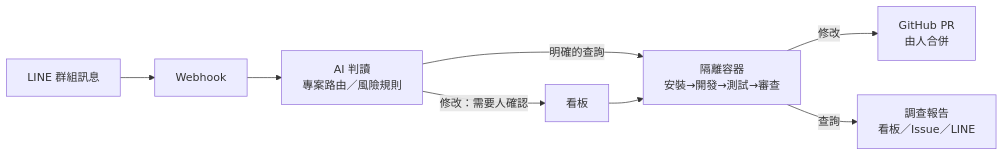
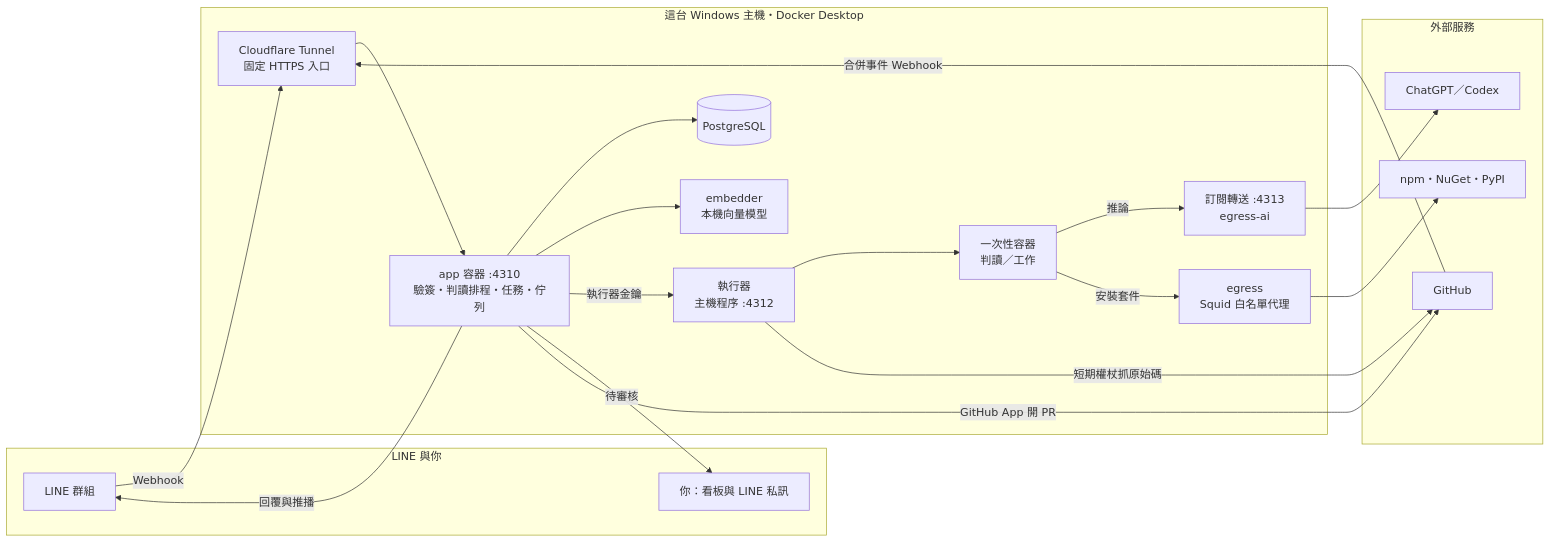
The first of 2 diagrams in README.md (Andy61490963/chat2pr), drawn with Mermaid before and after one commit. The commit also changed other lines of this file, not shown here.

````diff
--- a/README.md
+++ b/README.md
@@ -36,10 +27,33 @@
 ```mermaid
 flowchart LR
-  L[LINE 群組訊息] --> W[Webhook]
-  W --> T[AI 判讀<br/>專案路由／風險規則]
-  T -->|修改：需要人確認| B[看板]
-  T -->|明確的查詢| E
-  B --> E[隔離容器<br/>安裝→開發→測試→審查]
-  E -->|修改| PR[GitHub PR<br/>由人合併]
-  E -->|查詢| R[調查報告<br/>看板／Issue／LINE]
+  subgraph you[LINE 與你]
+    L[LINE 群組]
+    A[你：看板與 LINE 私訊]
+  end
+  subgraph host[這台 Windows 主機・Docker Desktop]
+    T[Cloudflare Tunnel<br/>固定 HTTPS 入口]
+    APP[app 容器 :4310<br/>驗簽・判讀排程・任務・佇列]
+    DB[(PostgreSQL)]
+    EMB[embedder<br/>本機向量模型]
+    R[執行器<br/>主機程序 :4312]
+    J[一次性容器<br/>判讀／工作]
+    RELAY[訂閱轉送 :4313<br/>egress-ai]
+    EG[egress<br/>Squid 白名單代理]
+  end
+  subgraph ext[外部服務]
+    GPT[ChatGPT／Codex]
+    GH[GitHub]
+    PKG[npm・NuGet・PyPI]
+  end
+  L -- Webhook --> T --> APP
+  APP --> DB
+  APP --> EMB
+  APP -- 執行器金鑰 --> R --> J
+  J -- 推論 --> RELAY --> GPT
+  J -- 安裝套件 --> EG --> PKG
+  R -- 短期權杖抓原始碼 --> GH
+  APP -- 待審核 --> A
+  APP -- GitHub App 開 PR --> GH
+  APP -- 回覆與推播 --> L
+  GH -- 合併事件 Webhook --> T
 ```
````
